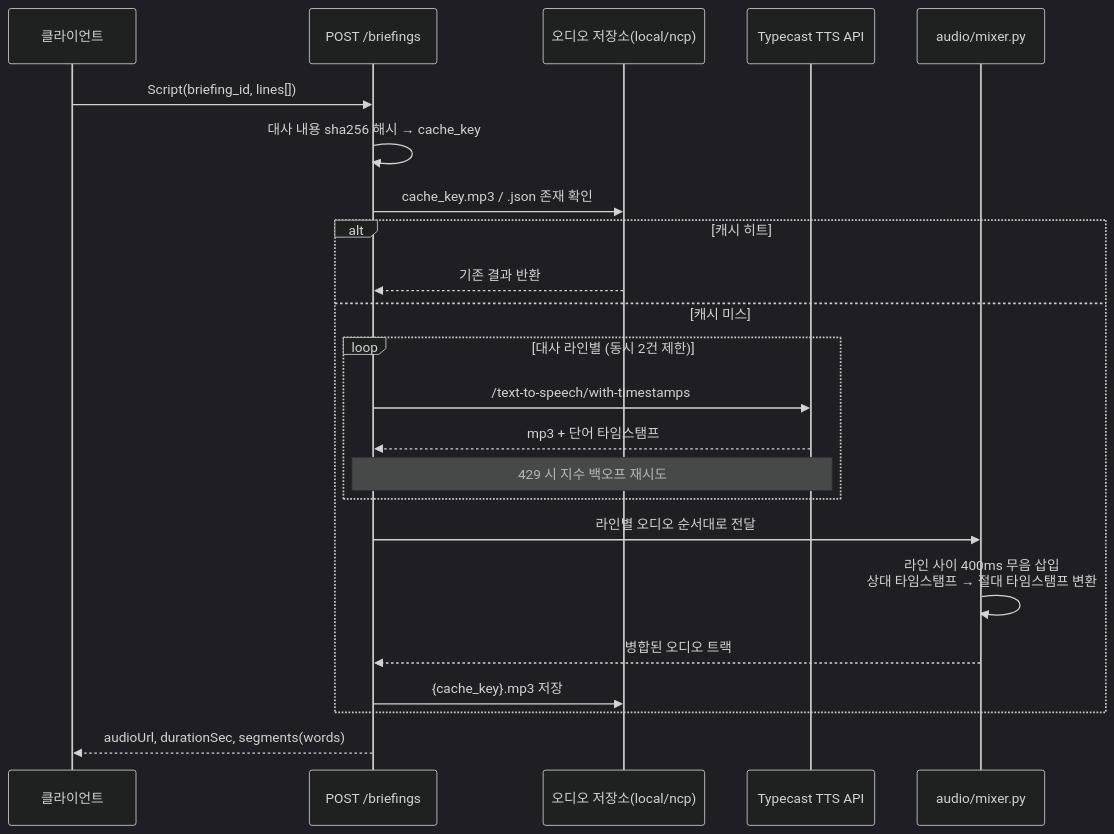
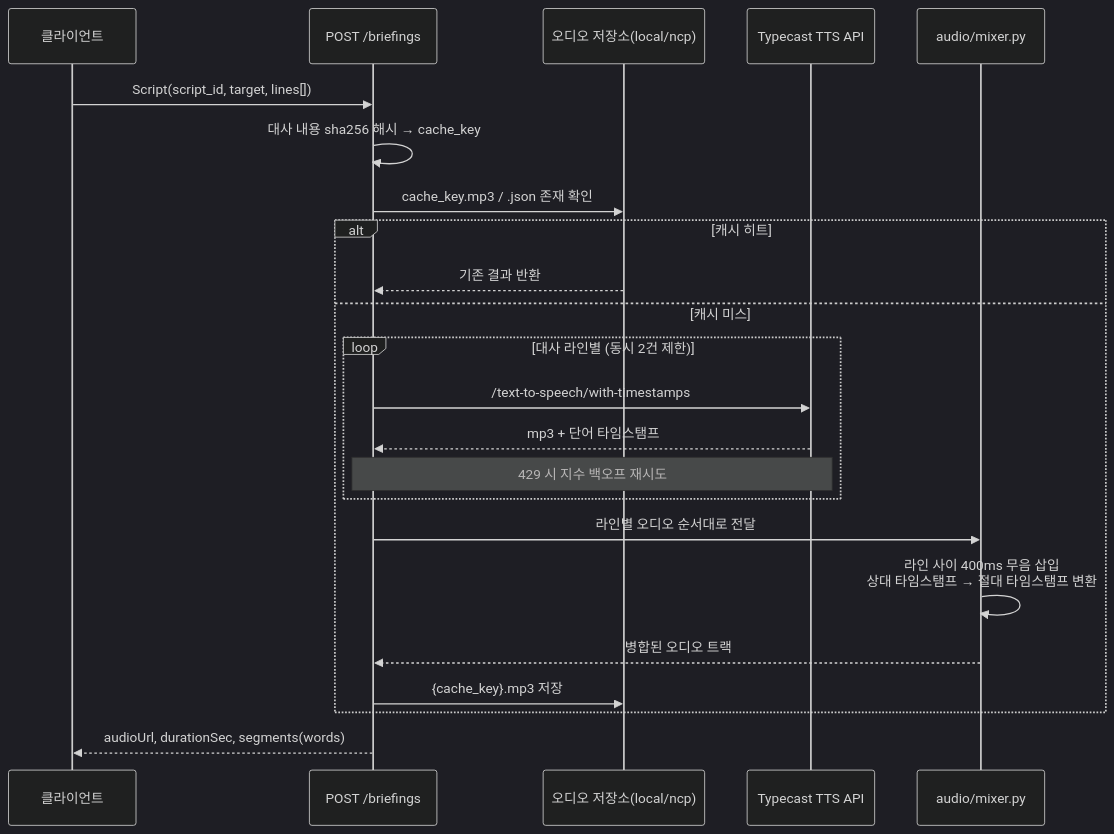
The diagram in tts-service/README.md (kom-cast/kom-cast-ai), drawn with Mermaid (dark theme) before and after one commit. The commit also changed other lines of this file and 3 other files, not shown here.

Commit message:
fix: 요청 필드명 briefing_id → script_id, target 타입 OTHER → USER

````diff
--- a/tts-service/README.md
+++ b/tts-service/README.md
@@ -25,28 +25,28 @@
 ```mermaid
 sequenceDiagram
     participant Client as 클라이언트
     participant API as POST /briefings
     participant Cache as 오디오 저장소(local/ncp)
     participant Typecast as Typecast TTS API
     participant Mixer as audio/mixer.py
 
-    Client->>API: Script(briefing_id, lines[])
+    Client->>API: Script(script_id, target, lines[])
     API->>API: 대사 내용 sha256 해시 → cache_key
     API->>Cache: cache_key.mp3 / .json 존재 확인
 
     alt 캐시 히트
         Cache-->>API: 기존 결과 반환
     else 캐시 미스
         loop 대사 라인별 (동시 2건 제한)
             API->>Typecast: /text-to-speech/with-timestamps
             Typecast-->>API: mp3 + 단어 타임스탬프
             Note over API,Typecast: 429 시 지수 백오프 재시도
         end
         API->>Mixer: 라인별 오디오 순서대로 전달
         Mixer->>Mixer: 라인 사이 400ms 무음 삽입<br/>상대 타임스탬프 → 절대 타임스탬프 변환
         Mixer-->>API: 병합된 오디오 트랙
         API->>Cache: {cache_key}.mp3 저장
     end
 
     API-->>Client: audioUrl, durationSec, segments(words)
 ```
````
